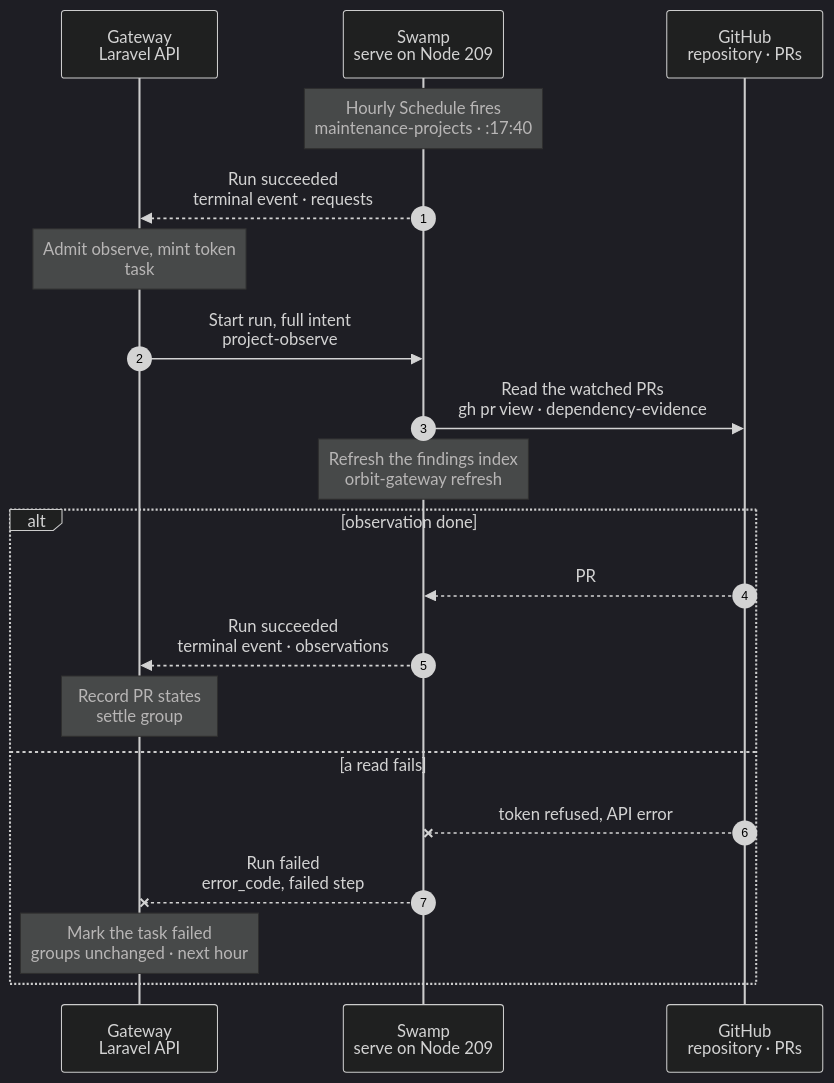
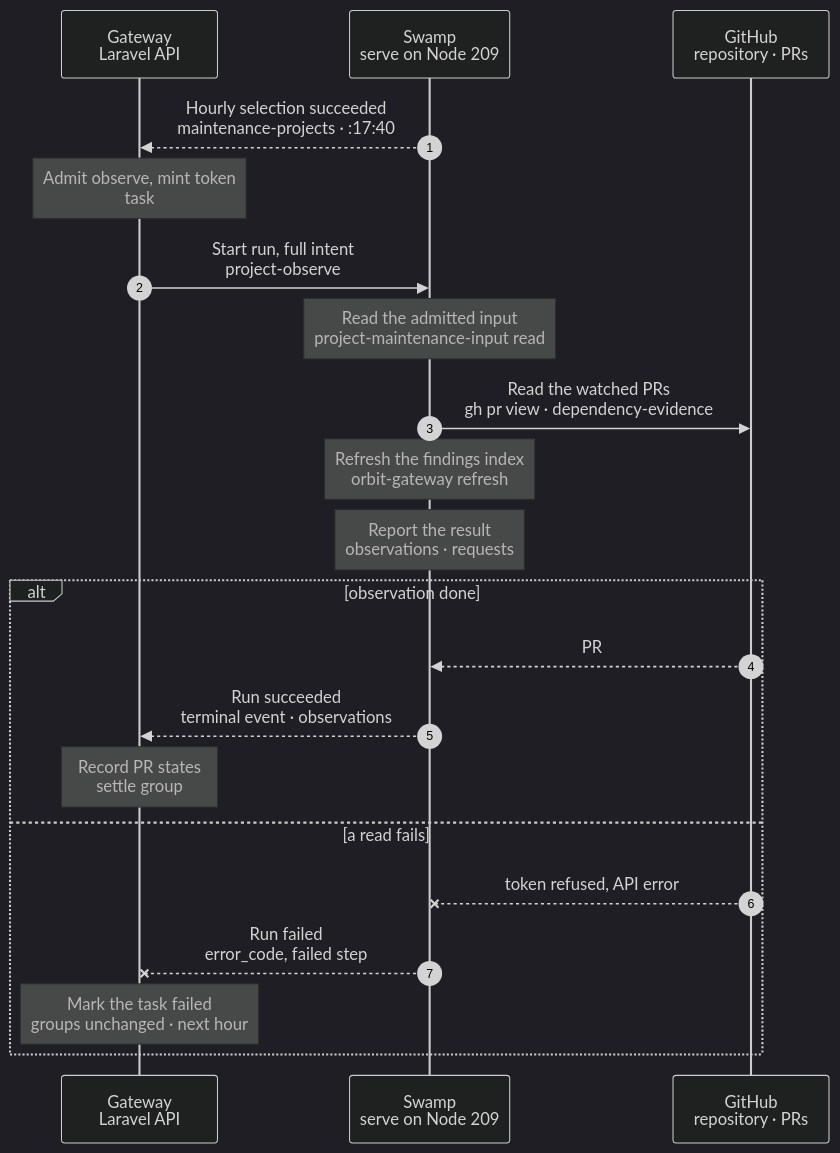
Before and after one commit to hardimpactdev/orbit: the diagram in docs/flows/project.observe.mmd, drawn with Mermaid (dark theme). The commit also changed 11 other files, not shown here.

First line of the commit message:
feat(swamp): project.detect, observe and routine name their steps after their charts

```diff
--- a/docs/flows/project.observe.mmd
+++ b/docs/flows/project.observe.mmd
@@ -1,78 +1,85 @@
 sequenceDiagram
   %% Target design: ADR 0244 task (driver workflow) started by a Schedule, Recall swamp-owns-dependencies, R1-R3.
   %% status: draft
   %% command: none · maintenance-projects Schedule
   autonumber
   %% lane GW icon=gateway pill=intent tone=blue
   %% lane SW icon=workflow pill=executes tone=green
   %% lane GH icon=server pill=target tone=purple
   participant GW as Gateway<br/>Laravel API
   participant SW as Swamp<br/>serve on Node 209
   participant GH as GitHub<br/>repository · PRs
-  Note over SW: Hourly Schedule fires<br/>maintenance-projects · :17:40
+  SW-->>GW: Hourly selection succeeded<br/>maintenance-projects · :17:40
   %%> When:
   %%> - every hour at :17:40; the Gateway publishes the Schedule and its full inputs with `workflow.trigger.set`
   %%> What it does:
-  %%> - selects which Projects need a detect, a routine or an observe now
-  %%> - picks observe for a Project with a maintenance task group that waits on a pull request or on capacity
-  %%> Not included:
-  %%> - no command: no person starts `project.observe` directly
-  SW-->>GW: Run succeeded<br/>terminal event · requests
+  %%> - the `maintenance-projects` Schedule's own run selects which Projects need a detect, a routine or an observe now
+  %%> - it picks observe for a Project with a maintenance task group that waits on a pull request or on capacity
   %%> How the Gateway learns it:
   %%> - its shared run reader sees the terminal event; Swamp never calls the Gateway
   %%> Returns:
   %%> - one request per Project and mode, with a key such as `4-observe-2026-11-02T17:17`
+  %%> Not included:
+  %%> - no command: no person starts `project.observe` directly
   Note over GW: Admit observe, mint token<br/>task #5152 · trigger: schedule
   %%> Requirements:
   %%> - Project 4 reads its repository through the GitHub App, with a default branch and a task check
   %%> - no other `project.detect`, `project.routine` or `project.observe` task runs for Project 4
   %%> - the request key wasn't admitted before
   %%> What it does:
   %%> - captures the Project and its task groups, with their watched PRs
   %%> - mints a GitHub App token with `contents: read` and `pull_requests: read`, into the vault as `project-dependency-read-5152` (R3)
   %%> Result:
   %%> - task #5152 recorded, kind `project.observe`, driver `workflow`, on Node 209
   %%> - no Node is a target; the work only reads GitHub
   GW->>SW: Start run, full intent<br/>project-observe
   %%> What it does:
   %%> - starts one Swamp run on serve (Node 209)
   %%> Inputs:
   %%> - the captured Project and task groups
   %%> - the vault key names of the token, never the token
+  Note over SW: Read the admitted input<br/>project-maintenance-input read
+  %%> What it does:
+  %%> - checks the admitted Project, task groups and watched pull request URLs
+  %%> Not included:
+  %%> - it reads nothing from the Gateway; the intent is the input
   SW->>GH: Read the watched PRs<br/>gh pr view · dependency-evidence
   %%> What it does:
   %%> - reads the number, state and head of each watched pull request of Project 4
   %%> How:
   %%> - `gh` reads the token with `vault.get`
   Note over SW: Refresh the findings index<br/>orbit-gateway refresh
   %%> What it does:
   %%> - links the PR states to the Project's last findings in Swamp data
   %%> - names task groups that waited for capacity and can start now
+  Note over SW: Report the result<br/>observations · requests
+  %%> Returns:
+  %%> - prints the PR observations and the groups that can resume as one JSON object, which the Gateway reads from the run
   alt observation done
     GH-->>SW: PR #57 merged
     %%> Returns:
     %%> - each PR's state: open, closed or merged
     SW-->>GW: Run succeeded<br/>terminal event · observations
     %%> How the Gateway learns it:
     %%> - its shared run reader sees the terminal event
     Note over GW: Record PR states<br/>settle group #812 · task done
     %%> Result:
     %%> - task group #812 records PR #57 as merged
     %%> - a maintenance group whose PR merged or closed moves to settling; the Gateway admits `tasks.maintenance_finish` to remove its workspace
     %%> - a group that waited for capacity gets `tasks.provision`
     %%> - task #5152 succeeds
     %%> Not changed:
     %%> - a group whose watched PR or settings changed after capture
   else a read fails
     GH--xSW: token refused, API error
     %%> When:
     %%> - GitHub refuses the token or doesn't answer
     SW--xGW: Run failed<br/>error_code, failed step
     %%> The Gateway reads:
     %%> - which step failed and its error code
     Note over GW: Mark the task failed<br/>groups unchanged · next hour
     %%> Result:
     %%> - task #5152 fails; no task group changes
     %%> Retry:
     %%> - the next hourly fire admits a new observe task with a new key
   end
```
